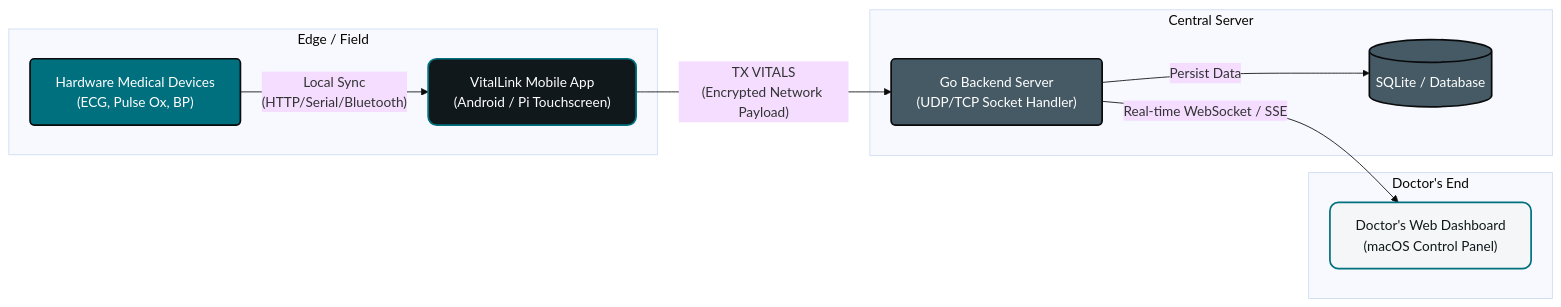
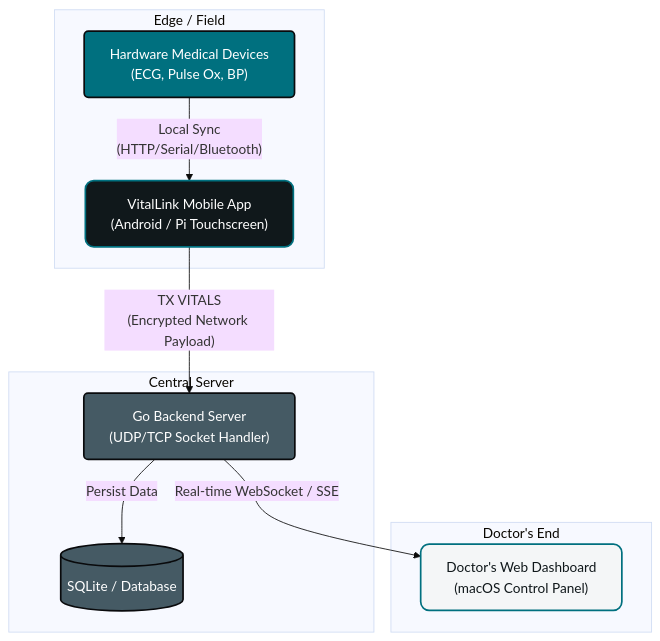
One commit to zidduhhere/vitl changed the diagram in README.md. Above: the diagram before and after it, drawn with Mermaid (base theme). The commit also changed 1 other file, not shown here.

Commit message:
(docs) update technical doc with tech stack and update flowchart orientation

````diff
--- a/README.md
+++ b/README.md
@@ -38,29 +38,29 @@
 ```mermaid
-flowchart LR
+flowchart TD
     %% Define Styles
     classDef hardware fill:#00707F,stroke:#090A0C,stroke-width:2px,color:#fff,rx:5px,ry:5px;
     classDef mobile fill:#10181B,stroke:#00707F,stroke-width:2px,color:#fff,rx:10px,ry:10px;
     classDef server fill:#455A64,stroke:#090A0C,stroke-width:2px,color:#fff,rx:5px,ry:5px;
     classDef doctor fill:#F4F6F7,stroke:#00707F,stroke-width:2px,color:#10181B,rx:10px,ry:10px;
 
     %% Nodes
     subgraph Edge ["Edge / Field"]
         HW["Hardware Medical Devices<br>(ECG, Pulse Ox, BP)"]:::hardware
         App["VitalLink Mobile App<br>(Android / Pi Touchscreen)"]:::mobile
     end
 
     subgraph Cloud ["Central Server"]
         GoServer["Go Backend Server<br>(UDP/TCP Socket Handler)"]:::server
         DB[("SQLite / Database")]:::server
     end
 
     subgraph Hospital ["Doctor's End"]
         WebUI["Doctor's Web Dashboard<br>(macOS Control Panel)"]:::doctor
     end
 
     %% Data Flow
     HW -- "Local Sync<br>(HTTP/Serial/Bluetooth)" --> App
     App -- "TX VITALS<br>(Encrypted Network Payload)" --> GoServer
     GoServer -- "Persist Data" --> DB
     GoServer -- "Real-time WebSocket / SSE" --> WebUI
 ```
````
